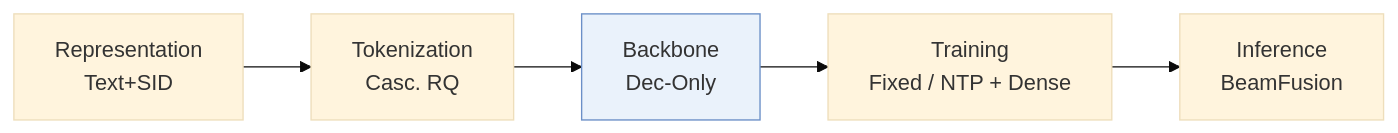
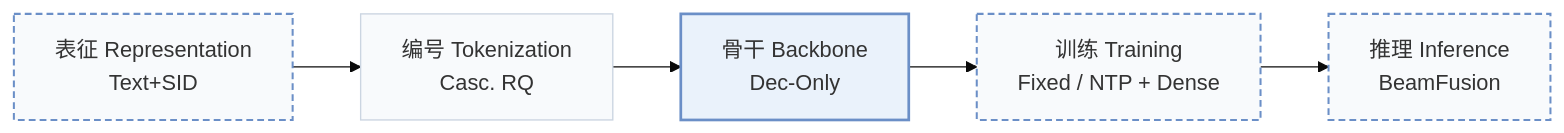
One commit to Galaxy-ghost/Awesome-SID-Generative-Rec changed the first of 2 diagrams in pages/zh/papers/cobra.md. Above: the diagram before and after it, drawn with Mermaid (base theme). The commit also changed other lines of this file and 649 other files, not shown here.

Commit message:
writer-05: also tags and modality index (schema, check, build, visuals); summary field removed; calibration data for 12 papers

````diff
--- a/pages/zh/papers/cobra.md
+++ b/pages/zh/papers/cobra.md
@@ -13,6 +15,10 @@
 ```mermaid
 flowchart LR
-    R["Representation<br/>Text+SID"] --> T["Tokenization<br/>Casc. RQ"] --> B["Backbone<br/>Dec-Only"] --> TR["Training<br/>Fixed / NTP + Dense"] --> I["Inference<br/>BeamFusion"]
-    classDef main fill:#eaf2fb,stroke:#6b8fc7
+    R["表征 Representation<br/>Text+SID"] --> T["编号 Tokenization<br/>Casc. RQ"] --> B["骨干 Backbone<br/>Dec-Only"] --> TR["训练 Training<br/>Fixed / NTP + Dense"] --> I["推理 Inference<br/>BeamFusion"]
+    classDef base fill:#f8fafc,stroke:#cbd5e1
+    class R,T,B,TR,I base
+    classDef also fill:#f8fafc,stroke:#6b8fc7,stroke-width:1.5px,stroke-dasharray:5 3
+    class R,TR,I also
+    classDef main fill:#eaf2fb,stroke:#6b8fc7,stroke-width:2px
     class B main
 ```
````
